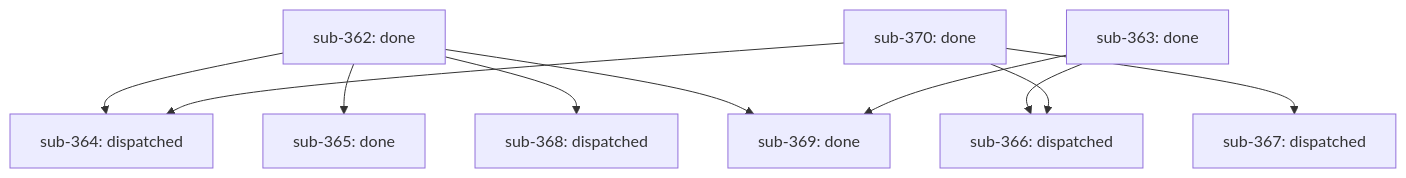
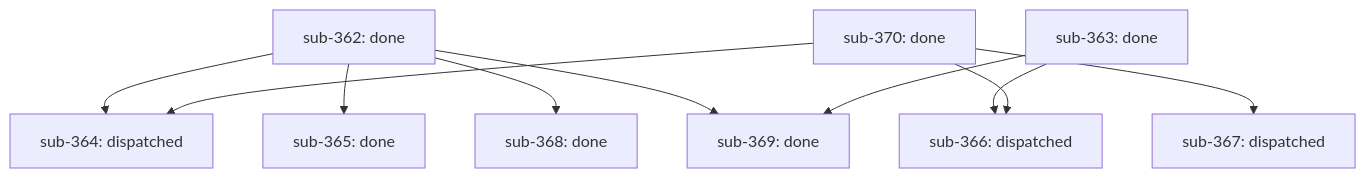
The diagram in docs/outcomes/tier-effort-first-class/report.md (infiquetra/infiquetra-claude-plugins), drawn with Mermaid before and after one commit. The commit also changed other lines of this file, not shown here.

Commit message:
docs(outcome): tier-effort-first-class 6/9 — sub-368 harvested (PR #508, re #368)

````diff
--- a/docs/outcomes/tier-effort-first-class/report.md
+++ b/docs/outcomes/tier-effort-first-class/report.md
@@ -7,21 +7,21 @@
 ```mermaid
 flowchart TD
     sub-362["sub-362: done"]
     sub-363["sub-363: done"]
     sub-364["sub-364: dispatched"]
     sub-365["sub-365: done"]
     sub-366["sub-366: dispatched"]
     sub-367["sub-367: dispatched"]
-    sub-368["sub-368: dispatched"]
+    sub-368["sub-368: done"]
     sub-369["sub-369: done"]
     sub-370["sub-370: done"]
     sub-362 --> sub-364
     sub-370 --> sub-364
     sub-362 --> sub-365
     sub-363 --> sub-366
     sub-370 --> sub-366
     sub-370 --> sub-367
     sub-362 --> sub-368
     sub-362 --> sub-369
     sub-363 --> sub-369
 ```
````
